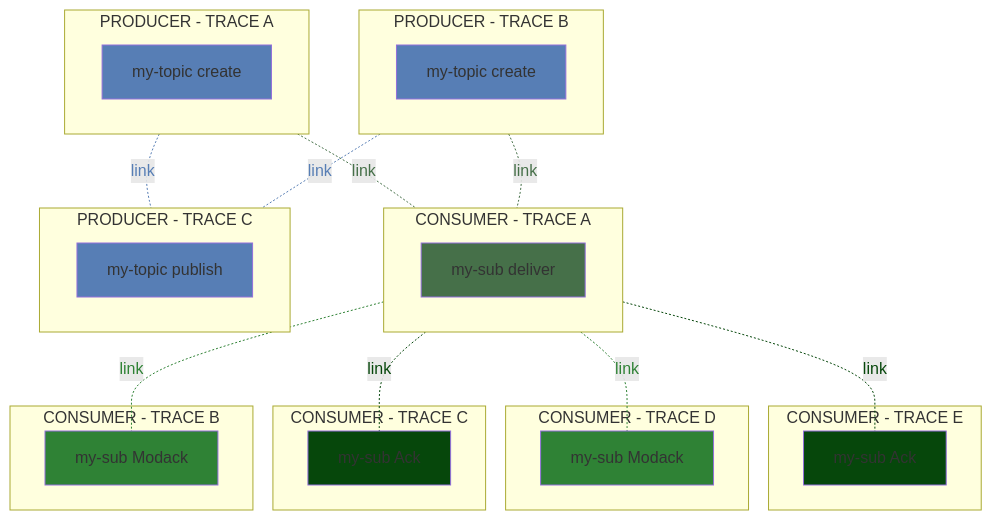
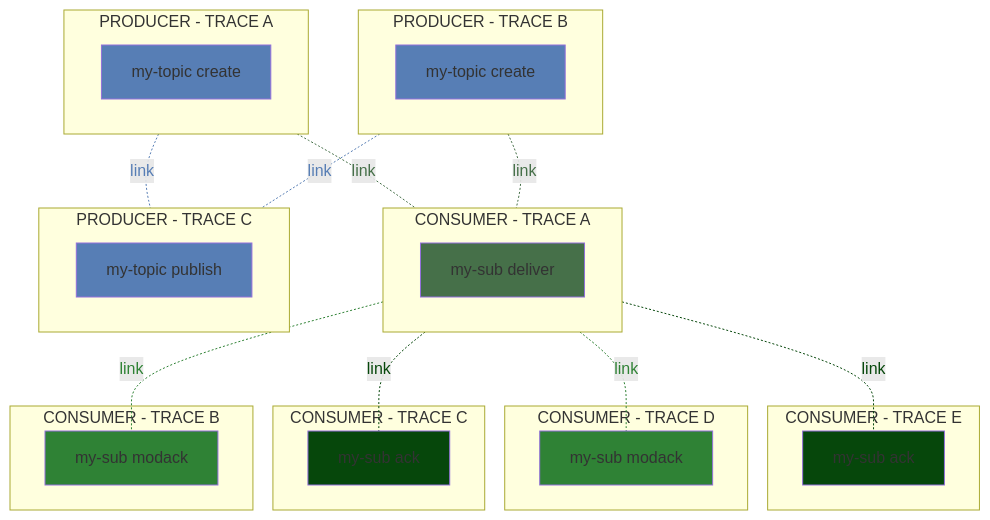
Diagram 26 of 30 in docs/messaging/gcp-pubsub.md (alevenberg/semantic-conventions), drawn with Mermaid before and after one commit. The commit also changed other lines of this file, not shown here.

````diff
--- a/docs/messaging/gcp-pubsub.md
+++ b/docs/messaging/gcp-pubsub.md
@@ -1149,60 +1191,60 @@
 ```mermaid
 flowchart TD;
   subgraph CONSUMER - TRACE E  
- Ack1[my-sub Ack]
+ Ack1[my-sub ack]
   end
   subgraph CONSUMER - TRACE D
- Modack1[my-sub Modack]
+ Modack1[my-sub modack]
   end
   subgraph CONSUMER - TRACE C  
- Ack[my-sub Ack]
+ Ack[my-sub ack]
   end
   subgraph CONSUMER - TRACE B
- Modack[my-sub Modack]
+ Modack[my-sub modack]
   end
     subgraph CONSUMER - TRACE A
    direction RL
 S[my-sub deliver]
   %%--parent-->D;
     %% link 9
   end
       subgraph PRODUCER - TRACE C
    direction RL
  PRPC[my-topic publish]
   end
     subgraph PRODUCER - TRACE B
    direction RL
  C1[my-topic create]
   end
   subgraph PRODUCER - TRACE A
    direction RL
  C[my-topic create]
   end
   C-. link .-PRPC;
   C1-. link .-PRPC;
 
   C-. link .-S;
   C1-. link .-S;
 
  S-. link .-Modack;
  S-. link .-Modack1;
  S-. link .-Ack;
  S-. link .-Ack1;
 
    classDef consumer fill:#467049
   class S,MQ,LM,BS,CC,D consumer
   linkStyle 2,3 color:#467049,stroke:#467049
 
   classDef Modack fill:#2f8235
   class Modack,Modack1 Modack
   linkStyle 4,5 color:#2f8235,stroke:#2f8235
      classDef Ack fill:#06470b
   class Ack,Ack1 Ack
   linkStyle 6,7 color:#06470b,stroke:#06470b
 
   classDef producer fill:#577eb5
   class C,C1,PRPC producer
   linkStyle 0,1 color:#577eb5,stroke:#577eb5
 
 
 ```
````
